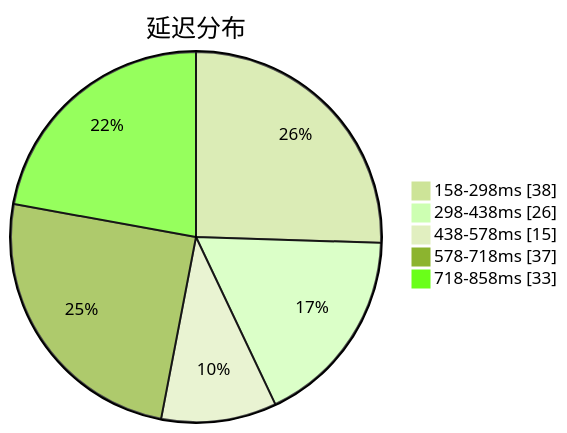
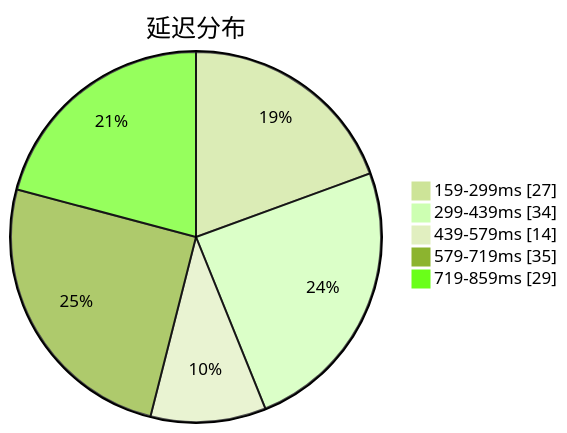
The first of 3 diagrams in subs/statistics/tested_within.md (qjlxg/airport), drawn with Mermaid (forest theme) before and after one commit. The commit also changed other lines of this file and 2 other files, not shown here.

````diff
--- a/subs/statistics/tested_within.md
+++ b/subs/statistics/tested_within.md
@@ -2,9 +2,9 @@
 ```mermaid
 pie showData
 title 延迟分布
-"158-298ms" : 38
-"298-438ms" : 26
-"438-578ms" : 15
-"578-718ms" : 37
-"718-858ms" : 33
+"159-299ms" : 27
+"299-439ms" : 34
+"439-579ms" : 14
+"579-719ms" : 35
+"719-859ms" : 29
 ```
````
